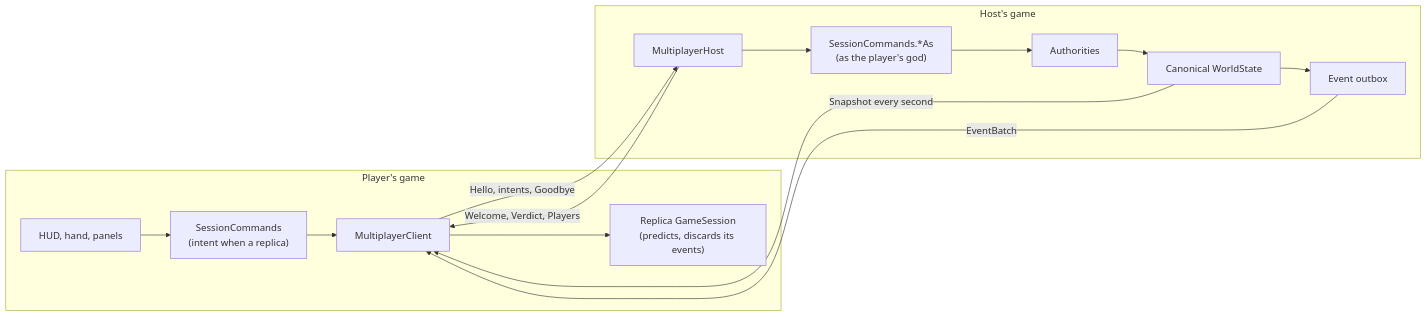
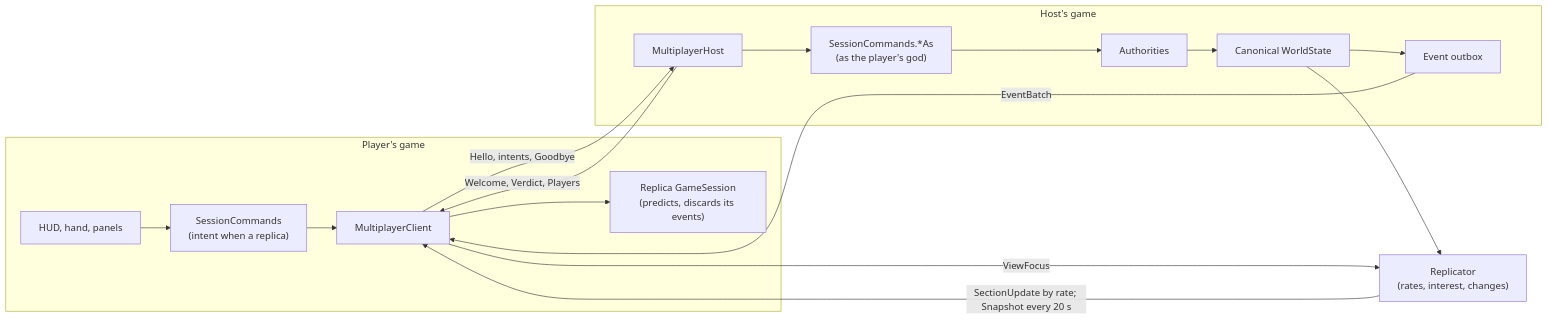
The third of 16 diagrams in docs/ARCHITECTURE.md (roeyazroel/pantheon), drawn with Mermaid before and after one commit. The commit also changed other lines of this file and 22 other files, not shown here.

First line of the commit message:
Milestone 13 (Multiplayer Simulation): each part of the world at its own rate, four players

````diff
--- a/docs/ARCHITECTURE.md
+++ b/docs/ARCHITECTURE.md
@@ -519,18 +531,20 @@
 ```mermaid
 flowchart LR
     subgraph Player["Player's game"]
         PUI["HUD, hand, panels"] --> PCmd["SessionCommands<br/>(intent when a replica)"]
         PCmd --> PClient["MultiplayerClient"]
         PClient --> Replica["Replica GameSession<br/>(predicts, discards its events)"]
     end
     subgraph Host["Host's game"]
         HServer["MultiplayerHost"] --> HCmd["SessionCommands.*As<br/>(as the player's god)"]
         HCmd --> Auth["Authorities"]
         Auth --> World["Canonical WorldState"]
         World --> Outbox["Event outbox"]
     end
     PClient -- "Hello, intents, Goodbye" --> HServer
     HServer -- "Welcome, Verdict, Players" --> PClient
     Outbox -- "EventBatch" --> PClient
-    World -- "Snapshot every second" --> PClient
+    World --> Rep["Replicator<br/>(rates, interest, changes)"]
+    Rep -- "SectionUpdate by rate; Snapshot every 20 s" --> PClient
+    PClient -- "ViewFocus" --> Rep
 ```
````
